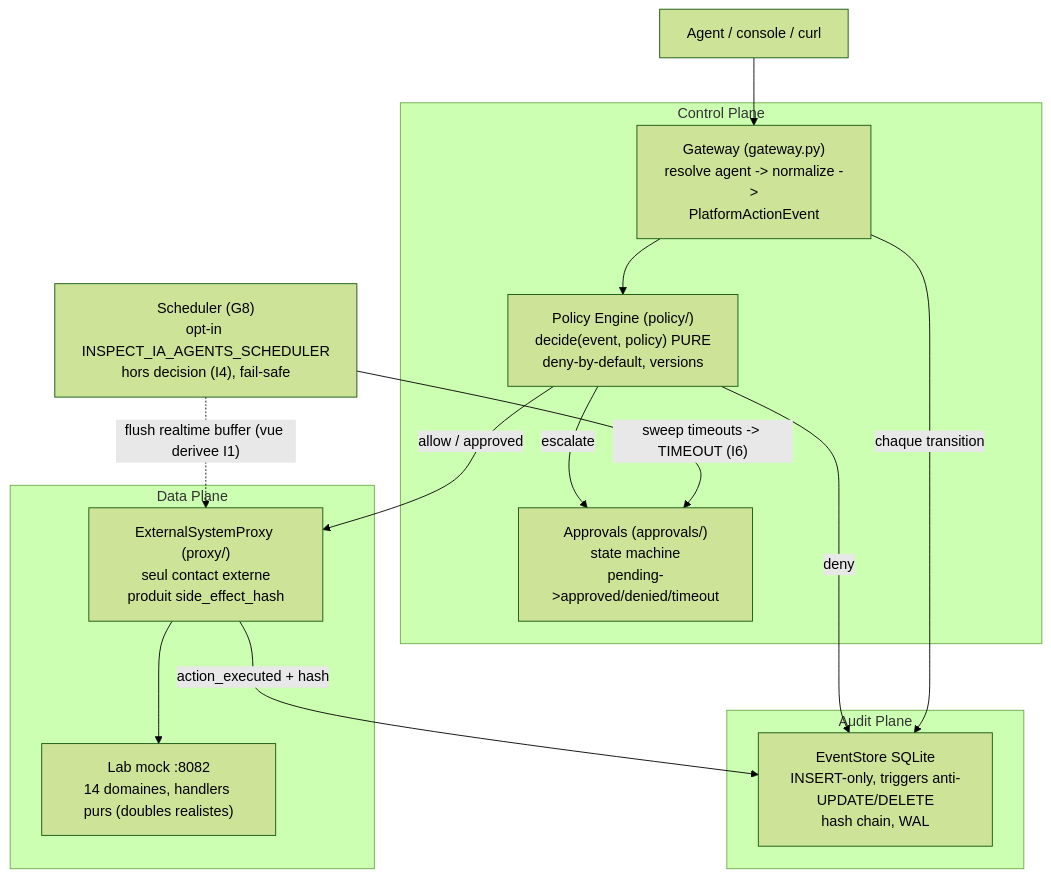
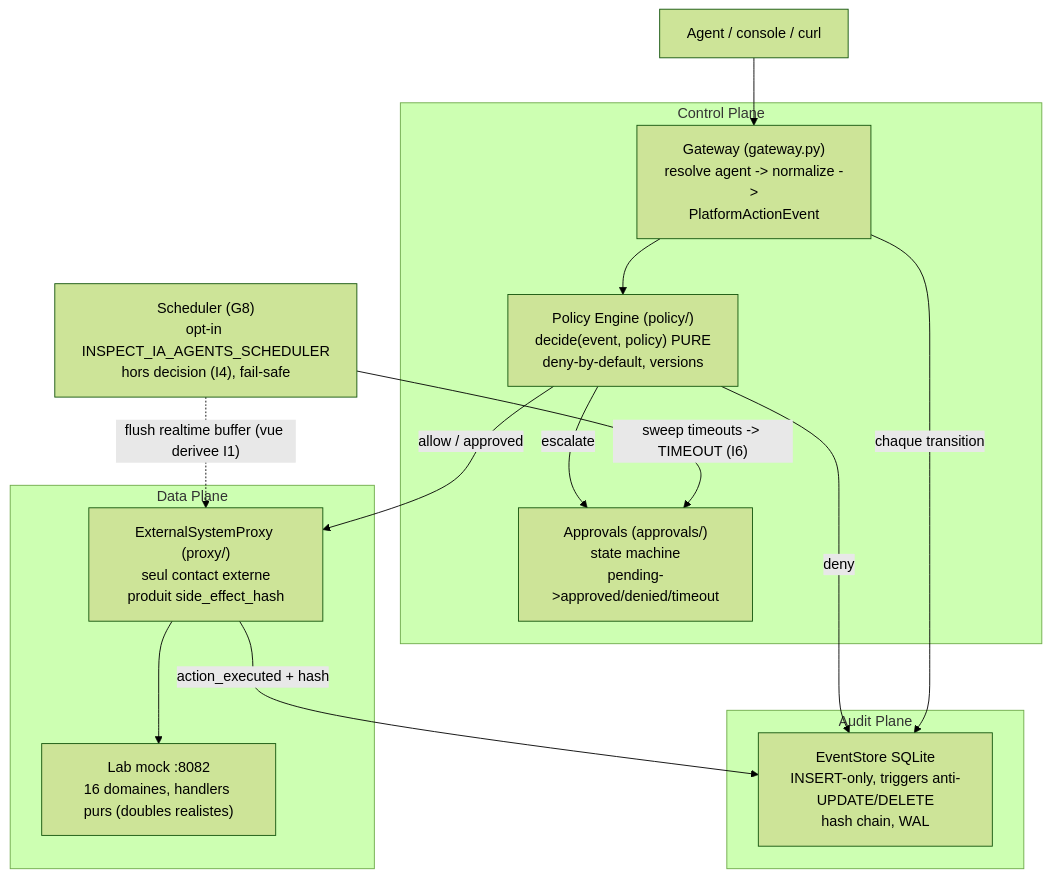
Before and after one commit to mo0ogly/recette_IA_agents: diagram 12 of 12 in docs/ARCHITECTURE.md, drawn with Mermaid (forest theme). The commit also changed other lines of this file, not shown here.

First line of the commit message:
docs(architecture): align domain counts to 16 systems / 146 actions

````diff
--- a/docs/ARCHITECTURE.md
+++ b/docs/ARCHITECTURE.md
@@ -656,26 +658,26 @@
 ```mermaid
 flowchart TB
   AGENT["Agent / console / curl"] --> GW
   subgraph CONTROL["Control Plane"]
     GW["Gateway (gateway.py)<br/>resolve agent -> normalize -><br/>PlatformActionEvent"]
     POL["Policy Engine (policy/)<br/>decide(event, policy) PURE<br/>deny-by-default, versions"]
     APP["Approvals (approvals/)<br/>state machine<br/>pending->approved/denied/timeout"]
     GW --> POL
     POL -->|"escalate"| APP
   end
   subgraph DATA["Data Plane"]
     PROXY["ExternalSystemProxy (proxy/)<br/>seul contact externe<br/>produit side_effect_hash"]
-    LAB2["Lab mock :8082<br/>14 domaines, handlers purs (doubles realistes)"]
+    LAB2["Lab mock :8082<br/>16 domaines, handlers purs (doubles realistes)"]
     PROXY --> LAB2
   end
   subgraph AUDIT["Audit Plane"]
     ES["EventStore SQLite<br/>INSERT-only, triggers anti-UPDATE/DELETE<br/>hash chain, WAL"]
   end
   SCHED["Scheduler (G8)<br/>opt-in INSPECT_IA_AGENTS_SCHEDULER<br/>hors decision (I4), fail-safe"]
   POL -->|"allow / approved"| PROXY
   POL -->|"deny"| ES
   GW -->|"chaque transition"| ES
   PROXY -->|"action_executed + hash"| ES
   SCHED -->|"sweep timeouts -> TIMEOUT (I6)"| APP
   SCHED -.->|"flush realtime buffer (vue derivee I1)"| PROXY
 ```
````
